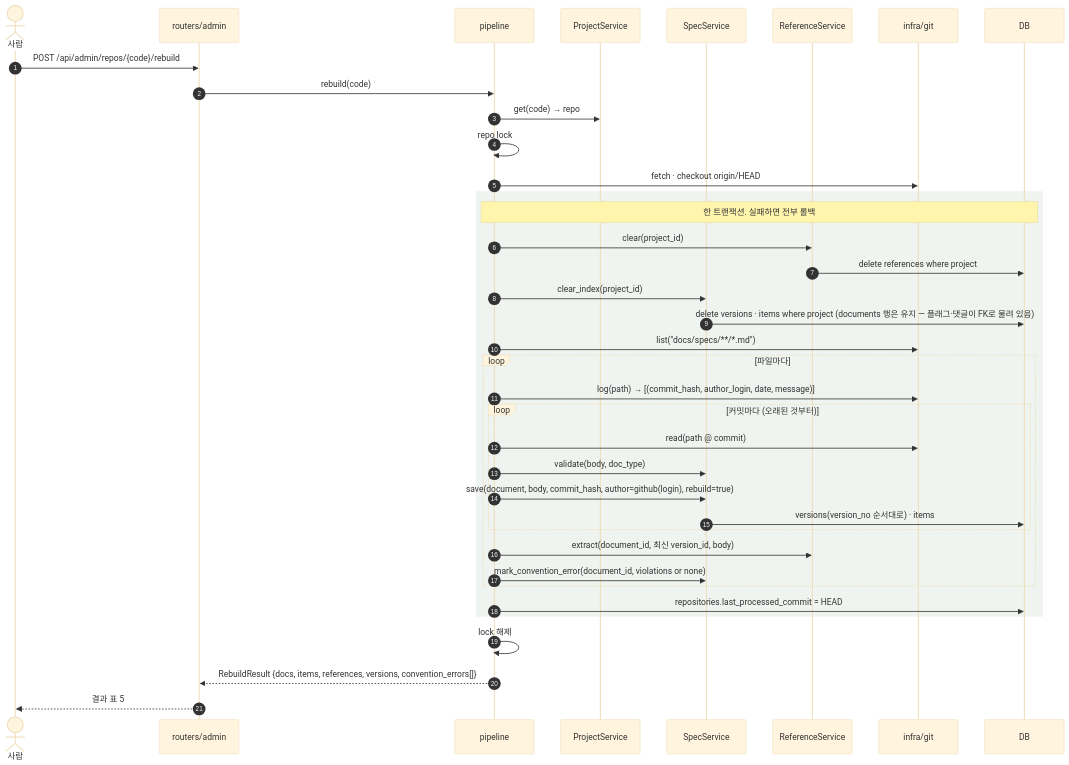
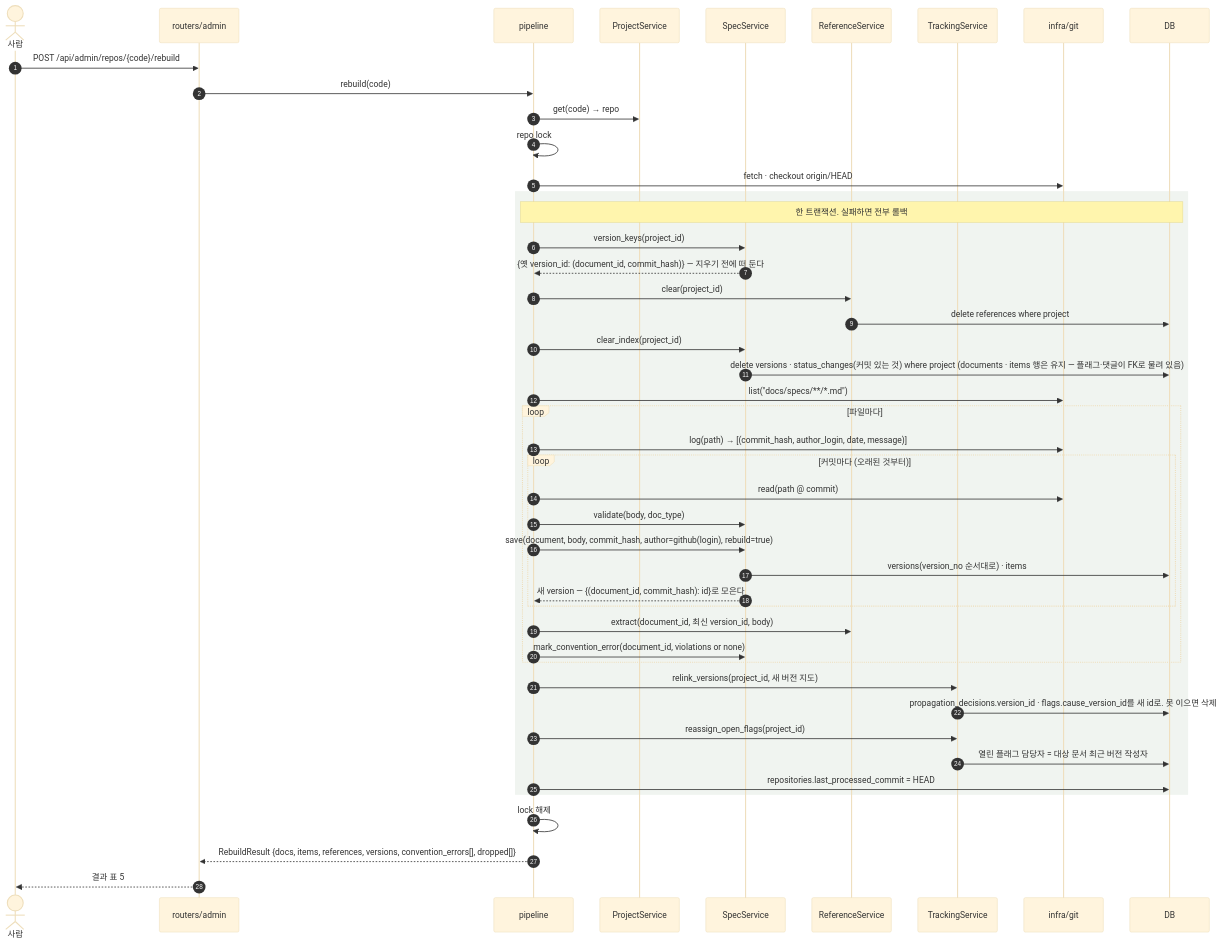
Diagram 21 of 23 in docs/specs/09-SEQ/SYNC-SEQ-001.md (HoyoungParkme/syncdoc), drawn with Mermaid (base theme) before and after one commit. The commit also changed other lines of this file and 4 other files, not shown here.

````diff
--- a/docs/specs/09-SEQ/SYNC-SEQ-001.md
+++ b/docs/specs/09-SEQ/SYNC-SEQ-001.md
@@ -1024,41 +1024,49 @@
 ```mermaid
 sequenceDiagram
     autonumber
     actor U as 사람
     participant RA as routers/admin
     participant P as pipeline
     participant PS as ProjectService
     participant S as SpecService
     participant R as ReferenceService
+    participant T as TrackingService
     participant G as infra/git
     participant DB
 
     U->>RA: POST /api/admin/repos/{code}/rebuild
     RA->>P: rebuild(code)
     P->>PS: get(code) → repo
     P->>P: repo lock
     P->>G: fetch · checkout origin/HEAD
     rect rgb(240,244,240)
         Note over P,DB: 한 트랜잭션. 실패하면 전부 롤백
+        P->>S: version_keys(project_id)
+        S-->>P: {옛 version_id: (document_id, commit_hash)} — 지우기 전에 떠 둔다
         P->>R: clear(project_id)
         R->>DB: delete references where project
         P->>S: clear_index(project_id)
-        S->>DB: delete versions · items where project (documents 행은 유지 — 플래그·댓글이 FK로 물려 있음)
+        S->>DB: delete versions · status_changes(커밋 있는 것) where project (documents · items 행은 유지 — 플래그·댓글이 FK로 물려 있음)
         P->>G: list("docs/specs/**/*.md")
         loop 파일마다
             P->>G: log(path) → [(commit_hash, author_login, date, message)]
             loop 커밋마다 (오래된 것부터)
                 P->>G: read(path @ commit)
                 P->>S: validate(body, doc_type)
                 P->>S: save(document, body, commit_hash, author=github(login), rebuild=true)
                 S->>DB: versions(version_no 순서대로) · items
+                S-->>P: 새 version — {(document_id, commit_hash): id}로 모은다
             end
             P->>R: extract(document_id, 최신 version_id, body)
             P->>S: mark_convention_error(document_id, violations or none)
         end
+        P->>T: relink_versions(project_id, 새 버전 지도)
+        T->>DB: propagation_decisions.version_id · flags.cause_version_id를 새 id로. 못 이으면 삭제
+        P->>T: reassign_open_flags(project_id)
+        T->>DB: 열린 플래그 담당자 = 대상 문서 최근 버전 작성자
         P->>DB: repositories.last_processed_commit = HEAD
     end
     P->>P: lock 해제
-    P-->>RA: RebuildResult {docs, items, references, versions, convention_errors[]}
+    P-->>RA: RebuildResult {docs, items, references, versions, convention_errors[], dropped[]}
     RA-->>U: 결과 표 5
 ```
````
